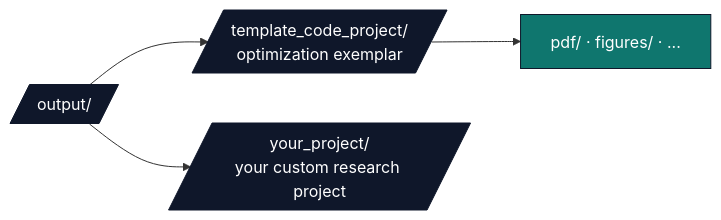
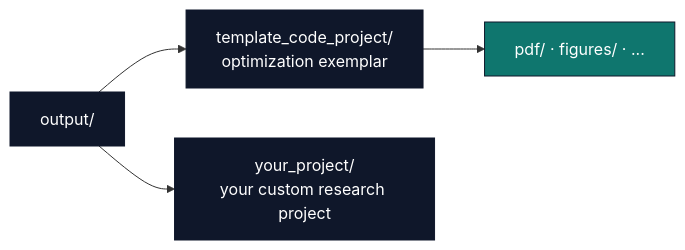
Before and after one commit to docxology/template: the third of 3 diagrams in projects/README.md, drawn with Mermaid. The commit also changed other lines of this file and 94 other files, not shown here.

````diff
--- a/projects/README.md
+++ b/projects/README.md
@@ -525,12 +525,12 @@
 ```mermaid
 flowchart LR
-    OUT[/output//]
-    OUT --> CP[/template_code_project/<br/>optimization exemplar/]
-    OUT --> YP[/your_project/<br/>your custom research project/]
+    OUT[output/]
+    OUT --> CP[template_code_project/<br/>optimization exemplar]
+    OUT --> YP[your_project/<br/>your custom research project]
     CP --> CP_F[pdf/ · figures/ · ...]
 
     classDef d fill:#0f172a,stroke:#0f172a,color:#fff
     classDef f fill:#0f766e,stroke:#0f172a,color:#fff
     class OUT,CP,YP d
     class CP_F f
 ```
````
